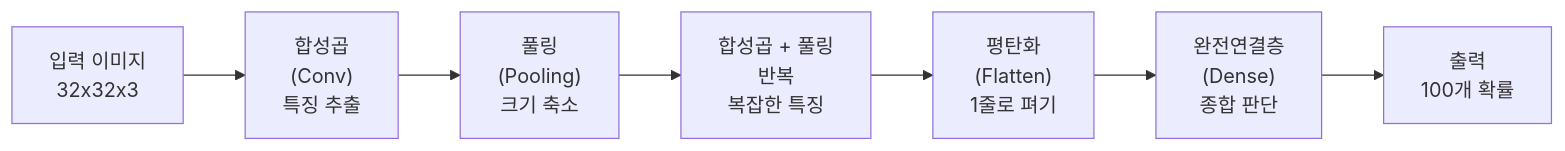
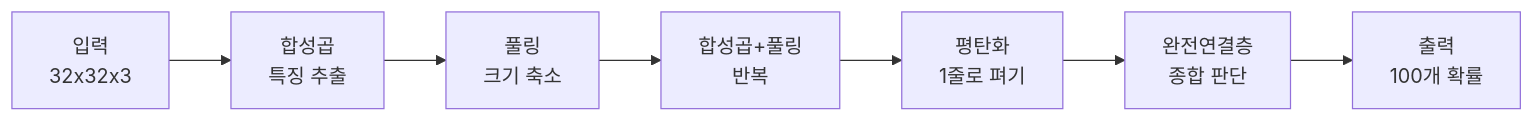
One commit to shm3041/shm3041.github.io changed the first of 2 diagrams in _posts/2026-11-23-cifar100-cnn.md. Above: the diagram before and after it, drawn with Mermaid. The commit also changed other lines of this file and 7 other files, not shown here.

````diff
--- a/_posts/2026-11-23-cifar100-cnn.md
+++ b/_posts/2026-11-23-cifar100-cnn.md
@@ -26,9 +27,9 @@
 ```mermaid
 flowchart LR
-    A["입력 이미지<br/>32x32x3"] --> B["합성곱<br/>(Conv)<br/>특징 추출"]
-    B --> C["풀링<br/>(Pooling)<br/>크기 축소"]
-    C --> D["합성곱 + 풀링<br/>반복<br/>복잡한 특징"]
-    D --> E["평탄화<br/>(Flatten)<br/>1줄로 펴기"]
-    E --> F["완전연결층<br/>(Dense)<br/>종합 판단"]
+    A["입력<br/>32x32x3"] --> B["합성곱<br/>특징 추출"]
+    B --> C["풀링<br/>크기 축소"]
+    C --> D["합성곱+풀링<br/>반복"]
+    D --> E["평탄화<br/>1줄로 펴기"]
+    E --> F["완전연결층<br/>종합 판단"]
     F --> G["출력<br/>100개 확률"]
 ```
````
